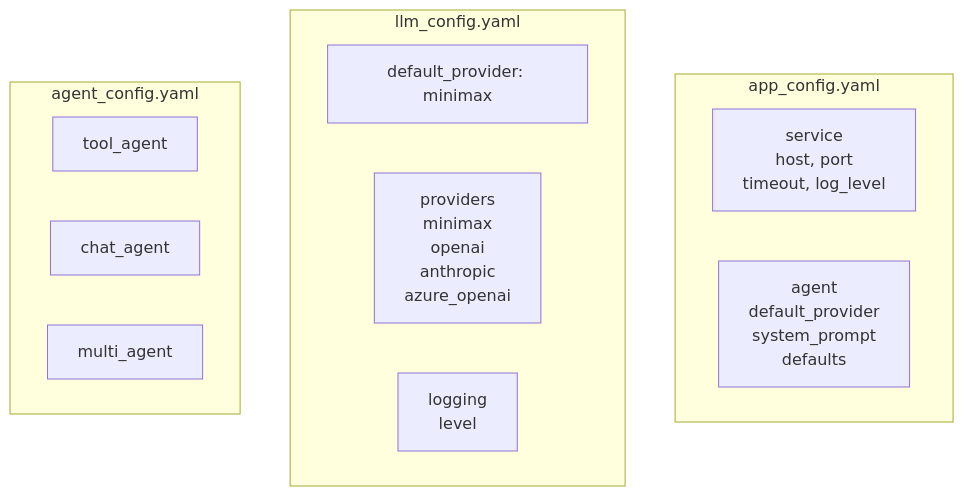
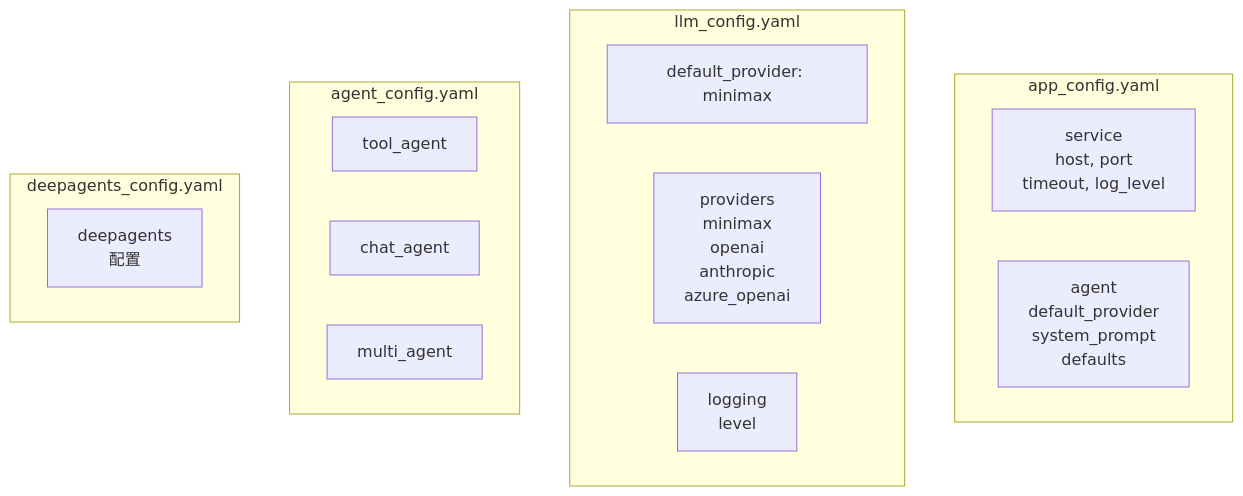
Before and after one commit to leizhuang1332/minerbot: diagram 11 of 14 in docs/architecture.md, drawn with Mermaid. The commit also changed other lines of this file and 4 other files, not shown here.

````diff
--- a/docs/architecture.md
+++ b/docs/architecture.md
@@ -368,19 +498,23 @@
 ```mermaid
 graph TD
     subgraph app_config.yaml
         SVC[service<br/>host, port<br/>timeout, log_level]
         AG[agent<br/>default_provider<br/>system_prompt<br/>defaults]
     end
 
     subgraph llm_config.yaml
         DEF[default_provider: minimax]
         PROV[providers<br/>minimax<br/>openai<br/>anthropic<br/>azure_openai]
         LOG[logging<br/>level]
     end
 
     subgraph agent_config.yaml
         TA[tool_agent]
         CA[chat_agent]
         MA[multi_agent]
     end
+
+    subgraph deepagents_config.yaml
+        DA[deepagents<br/>配置]
+    end
 ```
````
